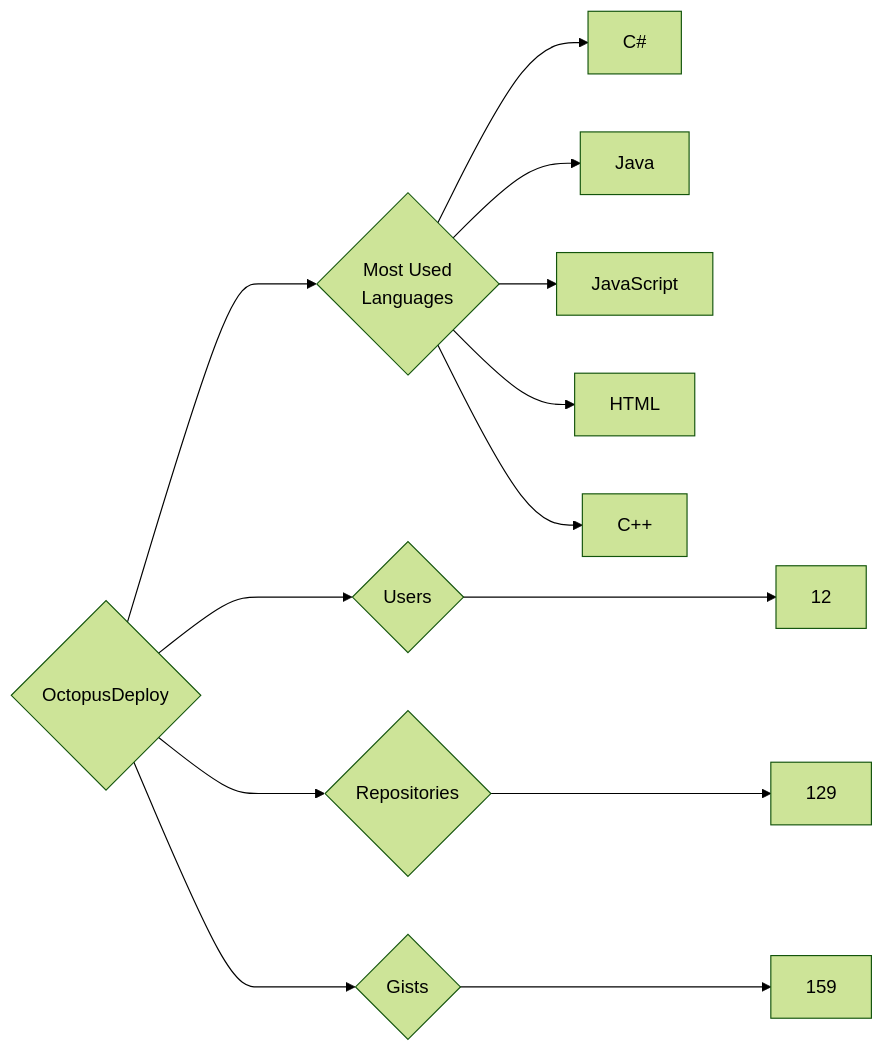
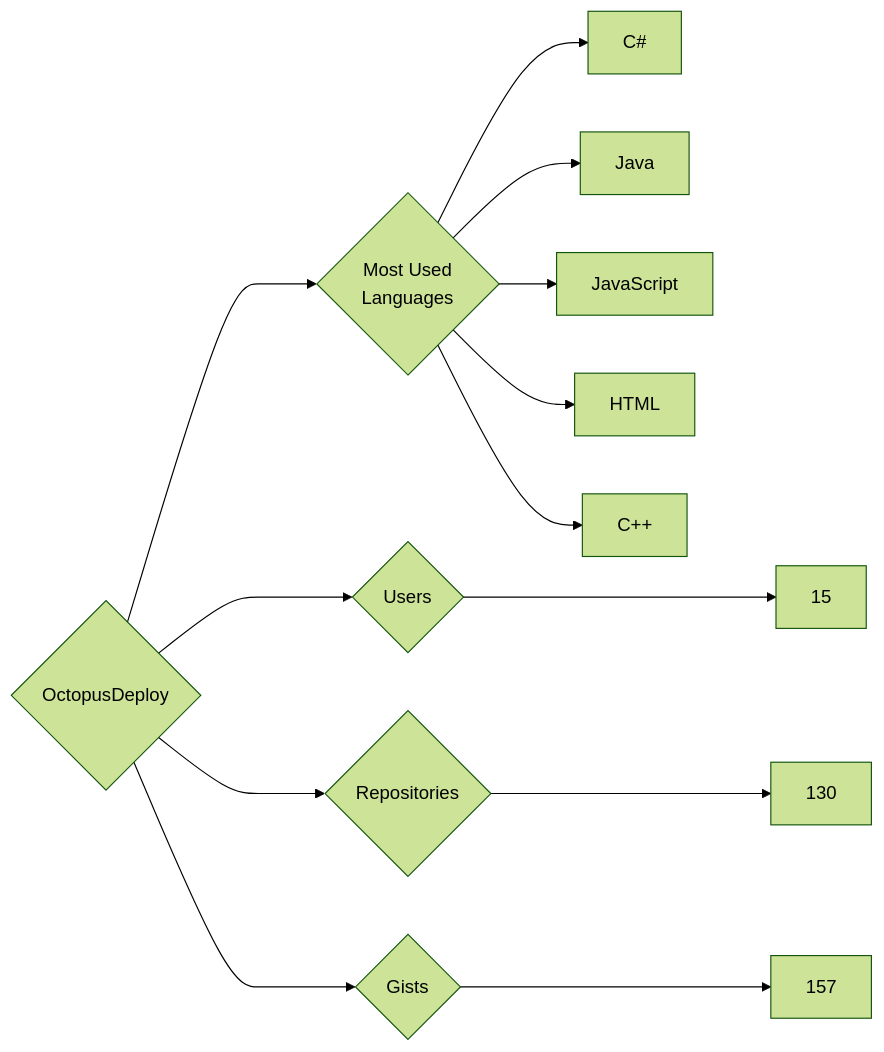
The diagram in targets/OctopusDeploy/README.md (trickest/insiders), drawn with Mermaid (forest theme) before and after one commit. The commit also changed 1508 other files, not shown here.

````diff
--- a/targets/OctopusDeploy/README.md
+++ b/targets/OctopusDeploy/README.md
@@ -3,13 +3,13 @@
 ```mermaid
 graph LR
 COMPANY_NAME{OctopusDeploy}
-COMPANY_NAME ---> U{Users} ---> UN[12]
-COMPANY_NAME ---> R{Repositories} ---> RN[129]
-COMPANY_NAME ---> G{Gists} ---> GN[159]
+COMPANY_NAME ---> U{Users} ---> UN[15]
+COMPANY_NAME ---> R{Repositories} ---> RN[130]
+COMPANY_NAME ---> G{Gists} ---> GN[157]
 COMPANY_NAME ---> ML{Most Used<br>Languages}
 ML --> C#[C#]
 ML --> Java[Java]
 ML --> JavaScript[JavaScript]
 ML --> HTML[HTML]
 ML --> C++[C++]
 ```
````
